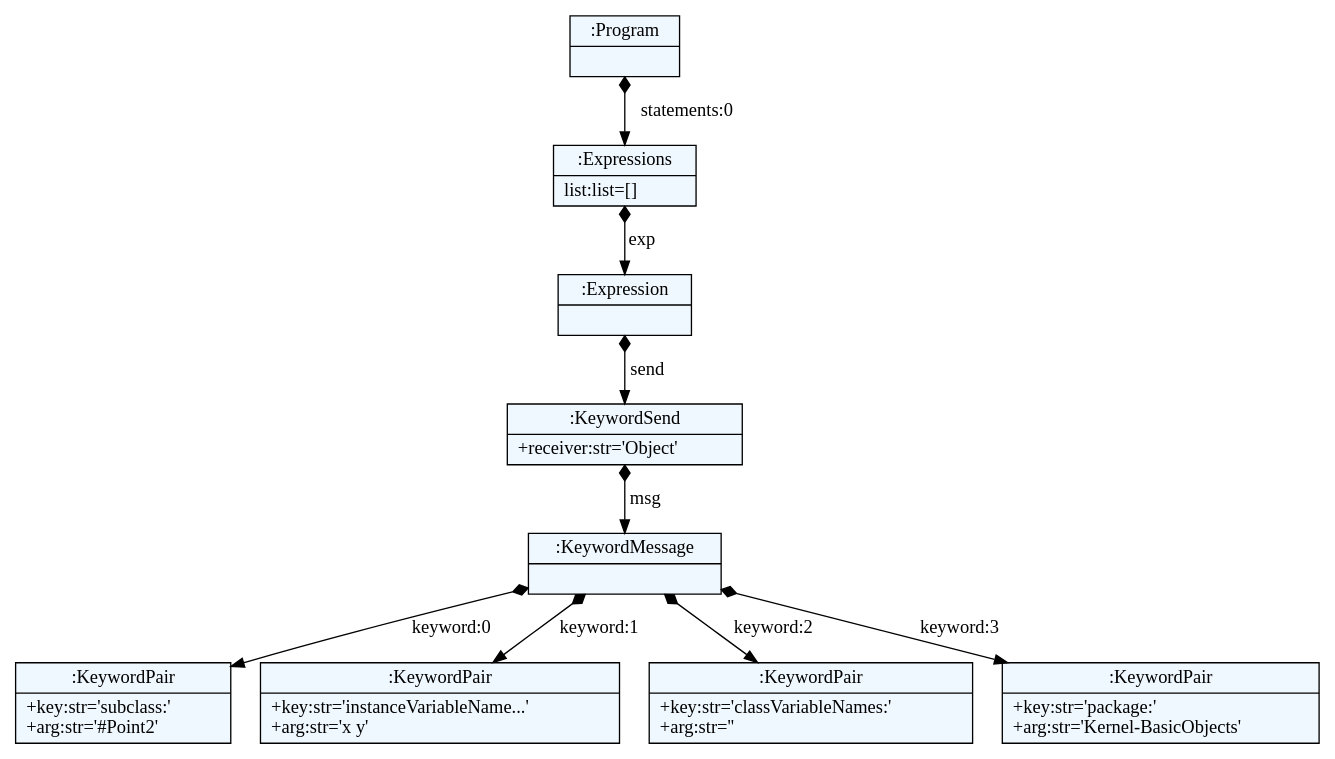
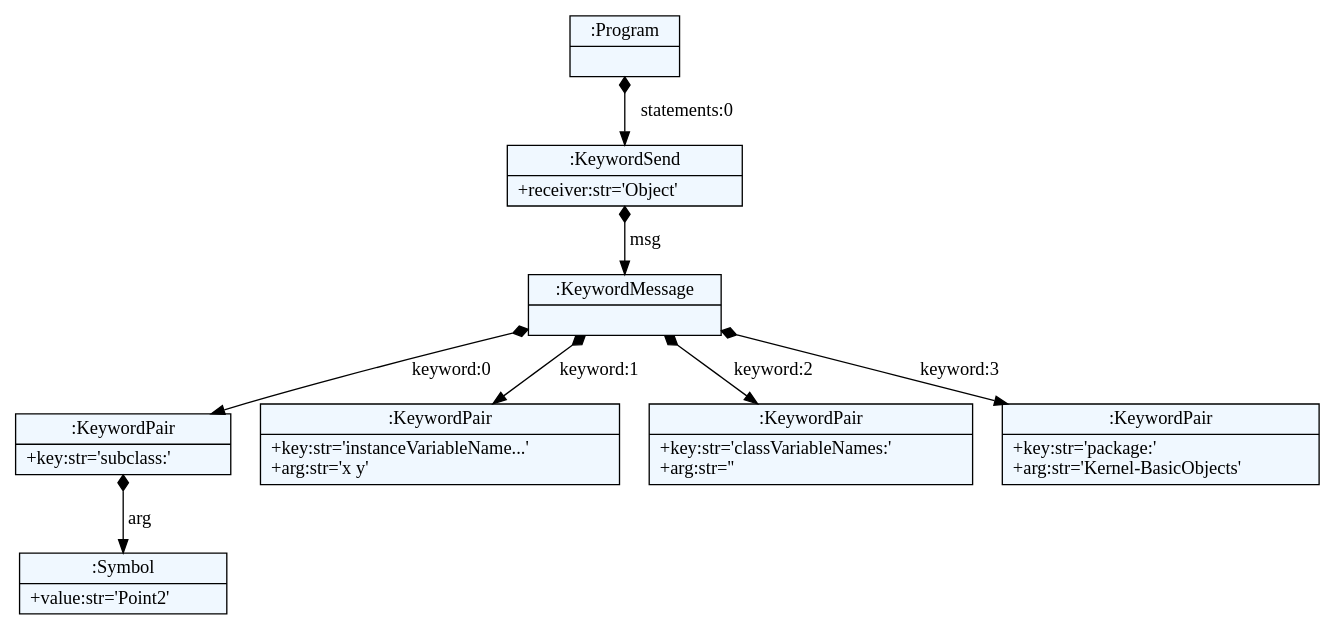
Before and after one commit to spcnz/smalltalk-parser: the diagram in parser/dot/class.dot, drawn with Graphviz. The commit also changed 6093 other files, not shown here.

```diff
--- a/parser/dot/class.dot
+++ b/parser/dot/class.dot
@@ -1,32 +1,30 @@
 
     digraph textX {
     fontname = "Bitstream Vera Sans"
     fontsize = 8
     node[
         shape=record,
         style=filled,
         fillcolor=aliceblue
     ]
     nodesep = 0.3
     edge[dir=black,arrowtail=empty]
 
 
-2686620480064 -> 2686620961872 [label="statements:0" arrowtail=diamond dir=both]
-2686620961872 -> 2686622109536 [label="exp" arrowtail=diamond dir=both]
-2686622109536 -> 2686621848632 [label="send" arrowtail=diamond dir=both]
-2686621848632 -> 2686621848856 [label="msg" arrowtail=diamond dir=both]
-2686621848856 -> 2686628567304 [label="keyword:0" arrowtail=diamond dir=both]
-2686628567304[label="{:KeywordPair|+key:str='subclass:'\l+arg:str='#Point2'\l}"]
-2686621848856 -> 2686628567192 [label="keyword:1" arrowtail=diamond dir=both]
-2686628567192[label="{:KeywordPair|+key:str='instanceVariableName...'\l+arg:str='x y'\l}"]
-2686621848856 -> 2686628567864 [label="keyword:2" arrowtail=diamond dir=both]
-2686628567864[label="{:KeywordPair|+key:str='classVariableNames:'\l+arg:str=''\l}"]
-2686621848856 -> 2686628567920 [label="keyword:3" arrowtail=diamond dir=both]
-2686628567920[label="{:KeywordPair|+key:str='package:'\l+arg:str='Kernel-BasicObjects'\l}"]
-2686621848856[label="{:KeywordMessage|}"]
-2686621848632[label="{:KeywordSend|+receiver:str='Object'\l}"]
-2686622109536[label="{:Expression|}"]
-2686620961872[label="{:Expressions|list:list=[]\l}"]
-2686620480064[label="{:Program|}"]
+2614535593880 -> 2614558119360 [label="statements:0" arrowtail=diamond dir=both]
+2614558119360 -> 2614583134136 [label="msg" arrowtail=diamond dir=both]
+2614583134136 -> 2614583133408 [label="keyword:0" arrowtail=diamond dir=both]
+2614583133408 -> 2614583135704 [label="arg" arrowtail=diamond dir=both]
+2614583135704[label="{:Symbol|+value:str='Point2'\l}"]
+2614583133408[label="{:KeywordPair|+key:str='subclass:'\l}"]
+2614583134136 -> 2614583132848 [label="keyword:1" arrowtail=diamond dir=both]
+2614583132848[label="{:KeywordPair|+key:str='instanceVariableName...'\l+arg:str='x y'\l}"]
+2614583134136 -> 2614583132960 [label="keyword:2" arrowtail=diamond dir=both]
+2614583132960[label="{:KeywordPair|+key:str='classVariableNames:'\l+arg:str=''\l}"]
+2614583134136 -> 2614583136040 [label="keyword:3" arrowtail=diamond dir=both]
+2614583136040[label="{:KeywordPair|+key:str='package:'\l+arg:str='Kernel-BasicObjects'\l}"]
+2614583134136[label="{:KeywordMessage|}"]
+2614558119360[label="{:KeywordSend|+receiver:str='Object'\l}"]
+2614535593880[label="{:Program|}"]
 
 }
```
